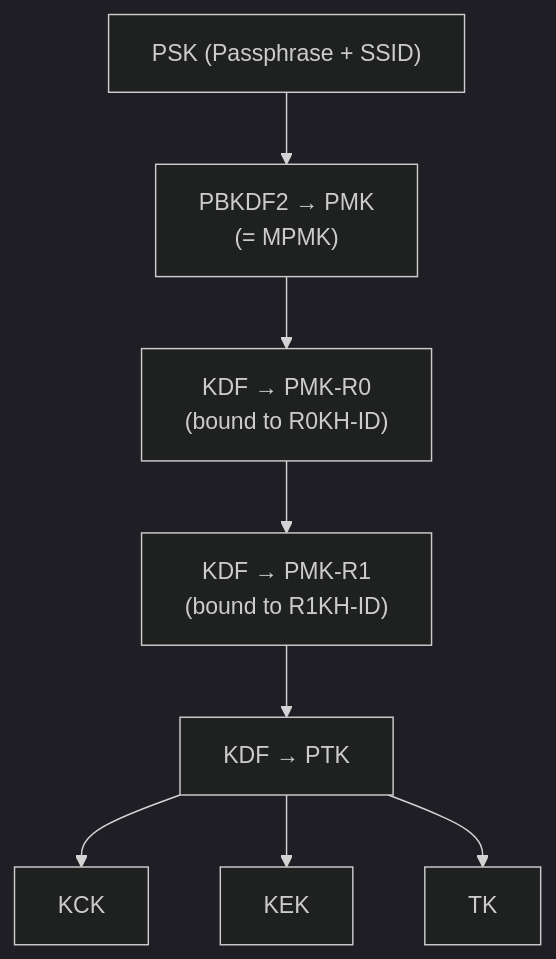
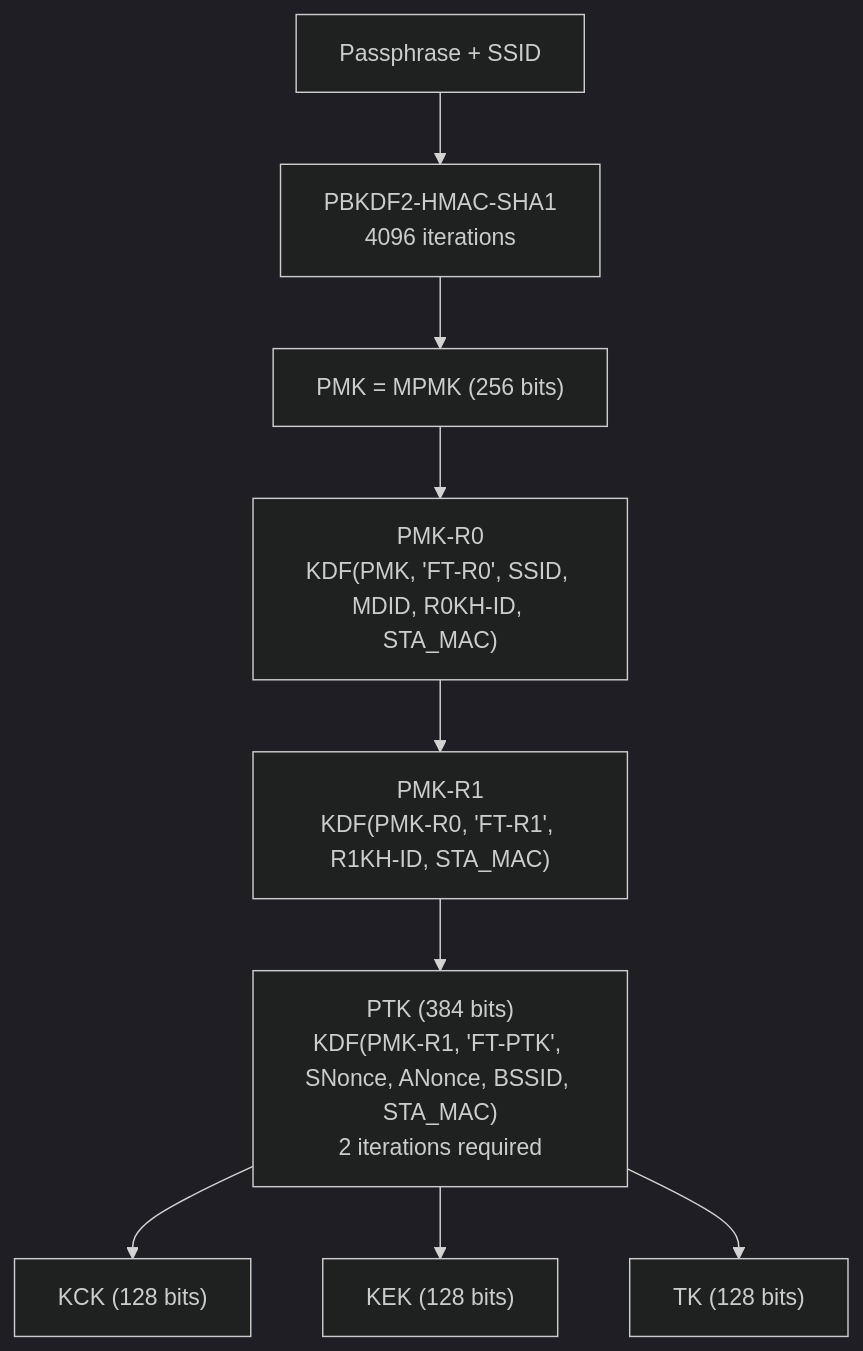
The diagram in docs/protocol/ft-psk-family.md (StrongWind1/WiFi_Cracking), drawn with Mermaid (dark theme) before and after one commit. The commit also changed other lines of this file and 7 other files, not shown here.

````diff
--- a/docs/protocol/ft-psk-family.md
+++ b/docs/protocol/ft-psk-family.md
@@ -11,10 +16,11 @@
 ```mermaid
 flowchart TD
-    A["PSK (Passphrase + SSID)"] --> B["PBKDF2 → PMK\n(= MPMK)"]
-    B --> C["KDF → PMK-R0\n(bound to R0KH-ID)"]
-    C --> D["KDF → PMK-R1\n(bound to R1KH-ID)"]
-    D --> E["KDF → PTK"]
-    E --> F["KCK"]
-    E --> G["KEK"]
-    E --> H["TK"]
+    PSK["Passphrase + SSID"] --> PBKDF2["PBKDF2-HMAC-SHA1\n4096 iterations"]
+    PBKDF2 --> PMK["PMK = MPMK (256 bits)"]
+    PMK --> R0["PMK-R0\nKDF(PMK, 'FT-R0', SSID, MDID, R0KH-ID, STA_MAC)"]
+    R0 --> R1["PMK-R1\nKDF(PMK-R0, 'FT-R1', R1KH-ID, STA_MAC)"]
+    R1 --> PTK["PTK (384 bits)\nKDF(PMK-R1, 'FT-PTK', SNonce, ANonce, BSSID, STA_MAC)\n2 iterations required"]
+    PTK --> KCK["KCK (128 bits)"]
+    PTK --> KEK["KEK (128 bits)"]
+    PTK --> TK["TK (128 bits)"]
 ```
````
